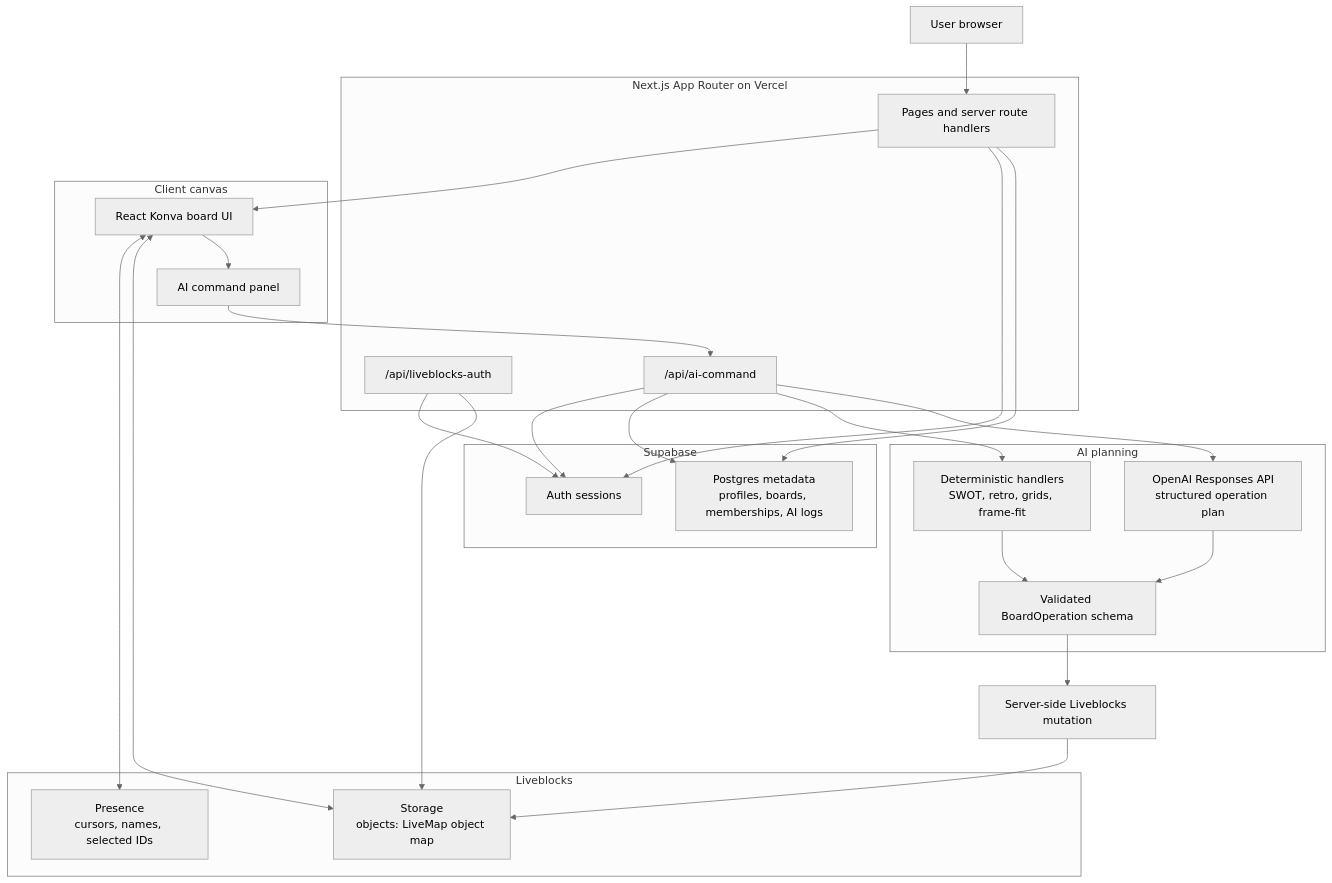
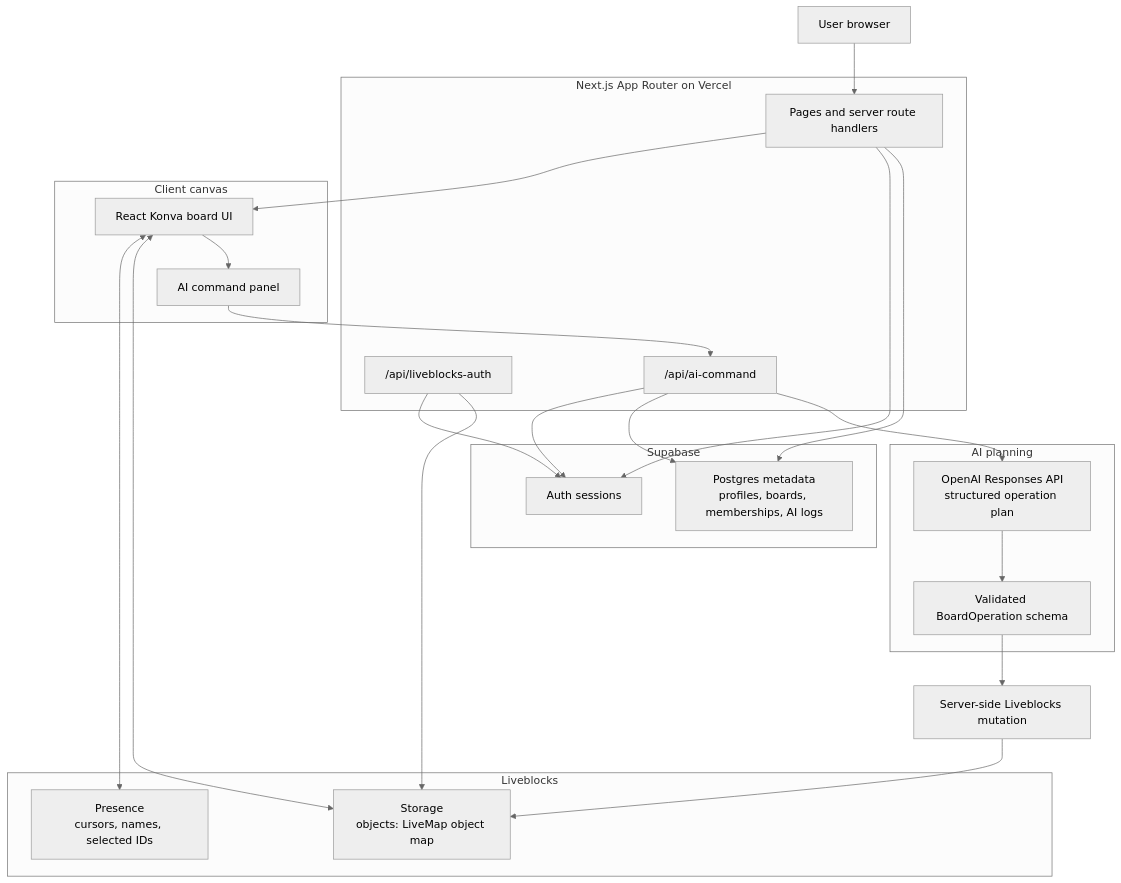
Before and after one commit to jakekinchen/flex-canvas: the diagram in docs/ARCHITECTURE_DIAGRAM.mmd, drawn with Mermaid (neutral theme). The commit also changed 29 other files, not shown here.

```diff
--- a/docs/ARCHITECTURE_DIAGRAM.mmd
+++ b/docs/ARCHITECTURE_DIAGRAM.mmd
@@ -1,48 +1,45 @@
 flowchart TB
   User["User browser"]
 
   subgraph App["Next.js App Router on Vercel"]
     Pages["Pages and server route handlers"]
     LiveblocksAuth["/api/liveblocks-auth"]
     AiRoute["/api/ai-command"]
   end
 
   subgraph Client["Client canvas"]
     Board["React Konva board UI"]
     AiPanel["AI command panel"]
   end
 
   subgraph Supabase["Supabase"]
     SupabaseAuth["Auth sessions"]
     SupabaseDb["Postgres metadata<br/>profiles, boards, memberships, AI logs"]
   end
 
   subgraph Liveblocks["Liveblocks"]
     Presence["Presence<br/>cursors, names, selected IDs"]
     Storage["Storage<br/>objects: LiveMap object map"]
   end
 
   subgraph Planning["AI planning"]
-    Deterministic["Deterministic handlers<br/>SWOT, retro, grids, frame-fit"]
     OpenAI["OpenAI Responses API<br/>structured operation plan"]
     Operations["Validated BoardOperation schema"]
   end
 
   User --> Pages
   Pages --> Board
   Pages --> SupabaseAuth
   Pages --> SupabaseDb
   Board <--> Presence
   Board <--> Storage
   Board --> AiPanel
   AiPanel --> AiRoute
   AiRoute --> SupabaseAuth
   AiRoute --> SupabaseDb
-  AiRoute --> Deterministic
   AiRoute --> OpenAI
-  Deterministic --> Operations
   OpenAI --> Operations
   Operations --> ServerMutation["Server-side Liveblocks mutation"]
   ServerMutation --> Storage
   LiveblocksAuth --> SupabaseAuth
   LiveblocksAuth --> Storage
```
